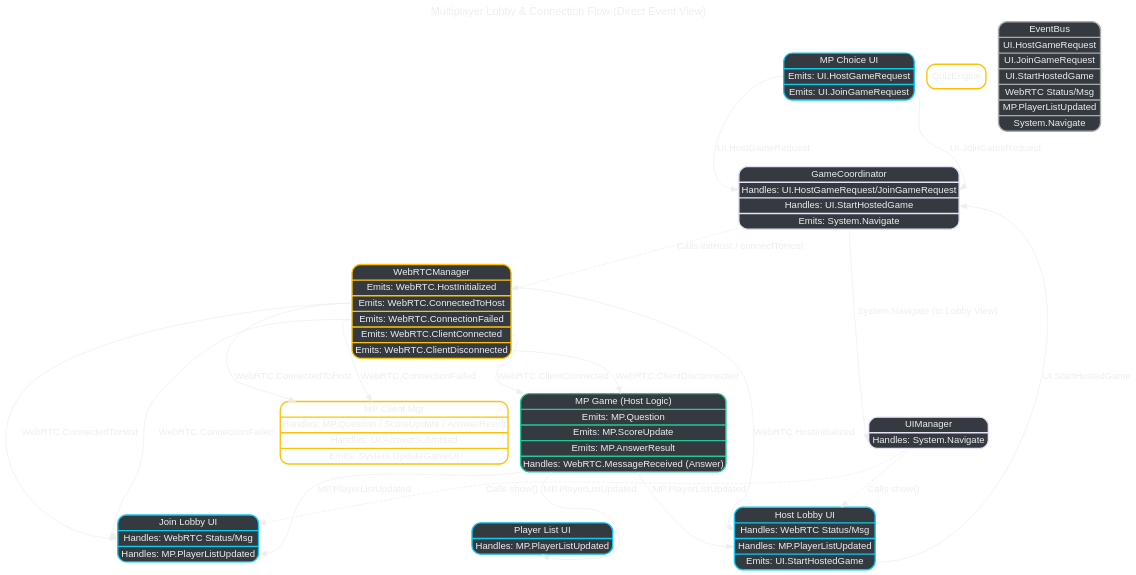
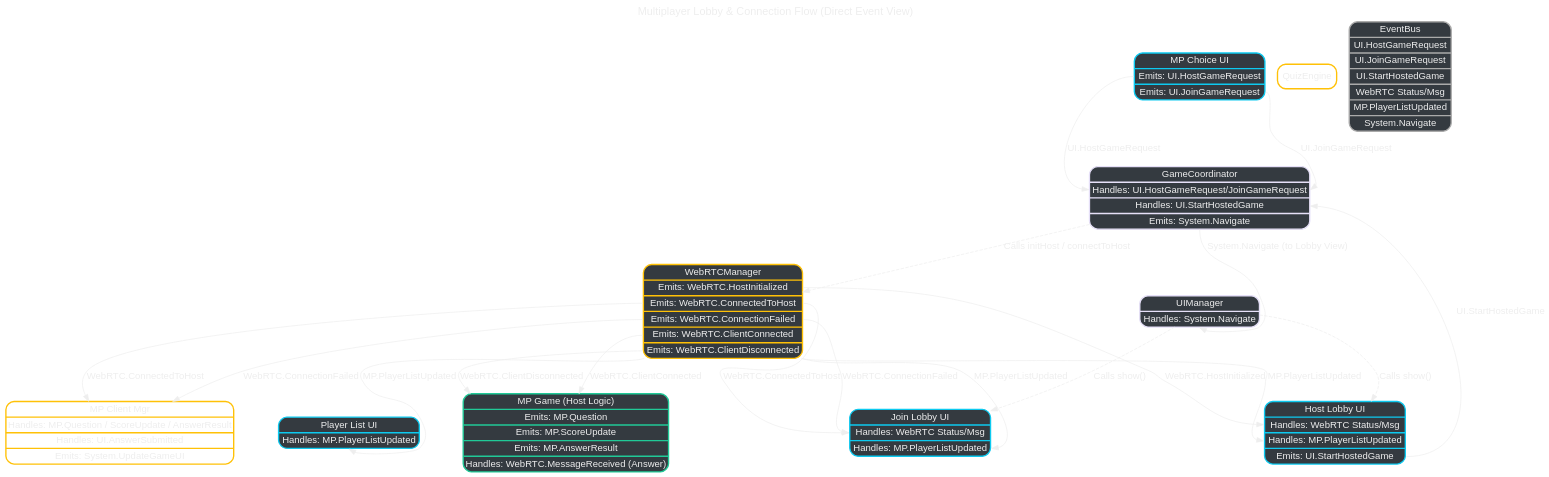
The tenth of 16 diagrams in v2/docs/events-flow.md (SchizoDuckie/unicornpoep), drawn with Graphviz before and after one commit. The commit also changed other lines of this file and 70 other files, not shown here.

````diff
--- a/v2/docs/events-flow.md
+++ b/v2/docs/events-flow.md
@@ -525,67 +527,71 @@
 ```dot
 // VERSION: Without EventBus
 digraph MPLobby_Direct {
     rankdir=TD;
     sep="0.6";
     overlap=false;
     bgcolor="transparent";
     fontname="Arial";
     node [shape=box, style="rounded,filled", fontcolor="#eeeeee", color="#eeeeee", fontname="Arial"];
     edge [fontcolor="#eeeeee", color="#eeeeee", fontname="Arial"];
     graph [label="Multiplayer Lobby & Connection Flow (Direct Event View)", labelloc=t, fontsize=16, fontcolor="#eeeeee"];
 
     // Node Styles (Dark fill, specific border remains)
     MultiplayerChoiceComponent [shape="record", fillcolor="#343a40", color="#0dcaf0", penwidth=2,
                                 label="{ MP Choice UI | {<emits_host> Emits: UI.HostGameRequest} | {<emits_join> Emits: UI.JoinGameRequest} }"]; // Specific emits
     HostLobbyComponent [shape="record", fillcolor="#343a40", color="#0dcaf0", penwidth=2,
                         label="{ Host Lobby UI | {<handles_rtc> Handles: WebRTC Status/Msg} | {<handles_state> Handles: MP.PlayerListUpdated} | {<emits_start> Emits: UI.StartHostedGame} }"]; // Specific emits/handles
     JoinLobbyComponent [shape="record", fillcolor="#343a40", color="#0dcaf0", penwidth=2,
                         label="{ Join Lobby UI | {<handles_rtc> Handles: WebRTC Status/Msg} | {<handles_state> Handles: MP.PlayerListUpdated} }"]; // Specific handles
     PlayerListComponent [shape="record", fillcolor="#343a40", color="#0dcaf0", penwidth=2,
                          label="{ Player List UI | {<handles_state> Handles: MP.PlayerListUpdated} }"]; // Specific handles
     GameCoordinator [shape="record", fillcolor="#343a40", color="#e6e0f8", penwidth=2,
                      label="{ GameCoordinator | {<handles_choice> Handles: UI.HostGameRequest/JoinGameRequest} | {<handles_lobby> Handles: UI.StartHostedGame} | {<emits_nav> Emits: System.Navigate} }"]; // Specific handles/emits
     UIManager [shape="record", fillcolor="#343a40", color="#e6e0f8", penwidth=2,
                label="{ UIManager | {<handles_nav> Handles: System.Navigate} }"];
     WebRTCManager [shape="record", fillcolor="#343a40", color="#ffc107", penwidth=2,
                    label="{ WebRTCManager | {<emits_init> Emits: WebRTC.HostInitialized} | {<emits_conn> Emits: WebRTC.ConnectedToHost} | {<emits_fail> Emits: WebRTC.ConnectionFailed} | {<emits_cli_conn> Emits: WebRTC.ClientConnected} | {<emits_cli_dis> Emits: WebRTC.ClientDisconnected} }"]; // Specific emits
     MultiplayerGame [shape="record", fillcolor="#343a40", color="#20c997", penwidth=2,
                      label="{ MP Game (Host Logic) | {<emits_q> Emits: MP.Question} | {<emits_score> Emits: MP.ScoreUpdate} | {<emits_result> Emits: MP.AnswerResult} | {<handles_answer> Handles: WebRTC.MessageReceived (Answer)} }"]; // Specific emits/handles
     MultiplayerClientManager [shape="record", style="rounded,filled", fillcolor=white, color="#ffc107", penwidth=2,
                               label="{ MP Client Mgr | {<handles_sync> Handles: MP.Question / ScoreUpdate / AnswerResult} | {<handles_ui_in> Handles: UI.AnswerSubmitted} | {<emits_ui_out> Emits: System.UpdateGameUI} }"]; // Specific handles/emits
     QuizEngine [label="QuizEngine", style="rounded,filled", fillcolor=white, color="#ffc107", penwidth=2]; // Passive target
 
     // EventBus: Specific events or useful groups for lobby flow
     EventBus [shape="record", fillcolor="#343a40", color="#aaaaaa", penwidth=2,
               label="{ EventBus | {<evUIHost> UI.HostGameRequest} | {<evUIJoin> UI.JoinGameRequest} | {<evUIStart> UI.StartHostedGame} | {<evWebRTC> WebRTC Status/Msg} | {<evMPState> MP.PlayerListUpdated} | {<evNav> System.Navigate} }"]; // More specific UI ports
 
     // 1. User Chooses Host/Join -> Coordinator (Direct Event Flows)
     MultiplayerChoiceComponent:emits_host -> GameCoordinator:handles_choice [label=" UI.HostGameRequest"];
     MultiplayerChoiceComponent:emits_join -> GameCoordinator:handles_choice [label=" UI.JoinGameRequest"];
 
     // 2. Coordinator Initiates Connection (Direct Call + Event)
     GameCoordinator -> WebRTCManager [label=" Calls initHost / connectToHost", style=dashed];
     GameCoordinator:emits_nav -> UIManager:handles_nav [label=" System.Navigate (to Lobby View)"]; // Direct Nav Event
     UIManager -> HostLobbyComponent [label=" Calls show()", style=dashed]; UIManager -> JoinLobbyComponent [label=" Calls show()", style=dashed];
 
     // 3. WebRTC Reports Status -> UI / Client Manager (Direct Event Flows)
     WebRTCManager:emits_init -> HostLobbyComponent:handles_rtc [label=" WebRTC.HostInitialized"];
     WebRTCManager:emits_conn -> JoinLobbyComponent:handles_rtc [label=" WebRTC.ConnectedToHost"];
     WebRTCManager:emits_conn -> MultiplayerClientManager:handles_rtc [label=" WebRTC.ConnectedToHost"];
     WebRTCManager:emits_fail -> JoinLobbyComponent:handles_rtc [label=" WebRTC.ConnectionFailed"];
     WebRTCManager:emits_fail -> MultiplayerClientManager:handles_rtc [label=" WebRTC.ConnectionFailed"];
 
     // 4. Client Connects / Disconnects -> Host (Direct Event Flow)
     WebRTCManager:emits_cli_conn -> MultiplayerGame:handles_rtc [label=" WebRTC.ClientConnected"];
     WebRTCManager:emits_cli_dis -> MultiplayerGame:handles_rtc [label=" WebRTC.ClientDisconnected"];
 
     // 5. Host Updates Player State -> UI (Direct Event Flows)
-    MultiplayerGame:emits_state -> HostLobbyComponent:handles_state [label=" MP.PlayerListUpdated"];
-    MultiplayerGame:emits_state -> JoinLobbyComponent:handles_state [label=" MP.PlayerListUpdated"];
-    MultiplayerGame:emits_state -> PlayerListComponent:handles_state [label=" MP.PlayerListUpdated"];
+    WebRTCManager:emits_player_update -> HostLobbyComponent:handles_state [label=" MP.PlayerListUpdated"]; // NEW: Direct from WebRTC to UI
+    WebRTCManager:emits_player_update -> JoinLobbyComponent:handles_state [label=" MP.PlayerListUpdated"]; // NEW: Direct from WebRTC to UI
+    WebRTCManager:emits_player_update -> PlayerListComponent:handles_state [label=" MP.PlayerListUpdated"]; // NEW: Direct from WebRTC to UI
+    // Host logic (MultiplayerGame) no longer needs to emit this, WebRTCManager does
+    // MultiplayerGame:emits_state -> HostLobbyComponent:handles_state [label=" MP.PlayerListUpdated"];
+    // MultiplayerGame:emits_state -> JoinLobbyComponent:handles_state [label=" MP.PlayerListUpdated"];
+    // MultiplayerGame:emits_state -> PlayerListComponent:handles_state [label=" MP.PlayerListUpdated"];
     // Client Manager relaying state is omitted in direct view for simplicity unless explicitly needed
 
     // 6. Host Starts Game -> Coordinator (Direct Event Flow)
     HostLobbyComponent:emits_start -> GameCoordinator:handles_lobby [label=" UI.StartHostedGame"];
 }
 ```
````
